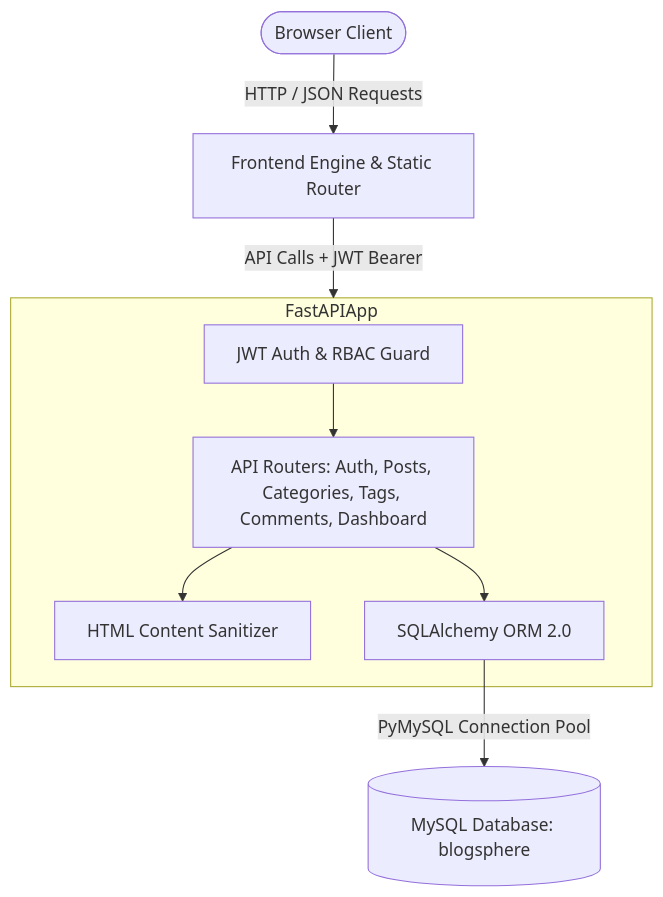
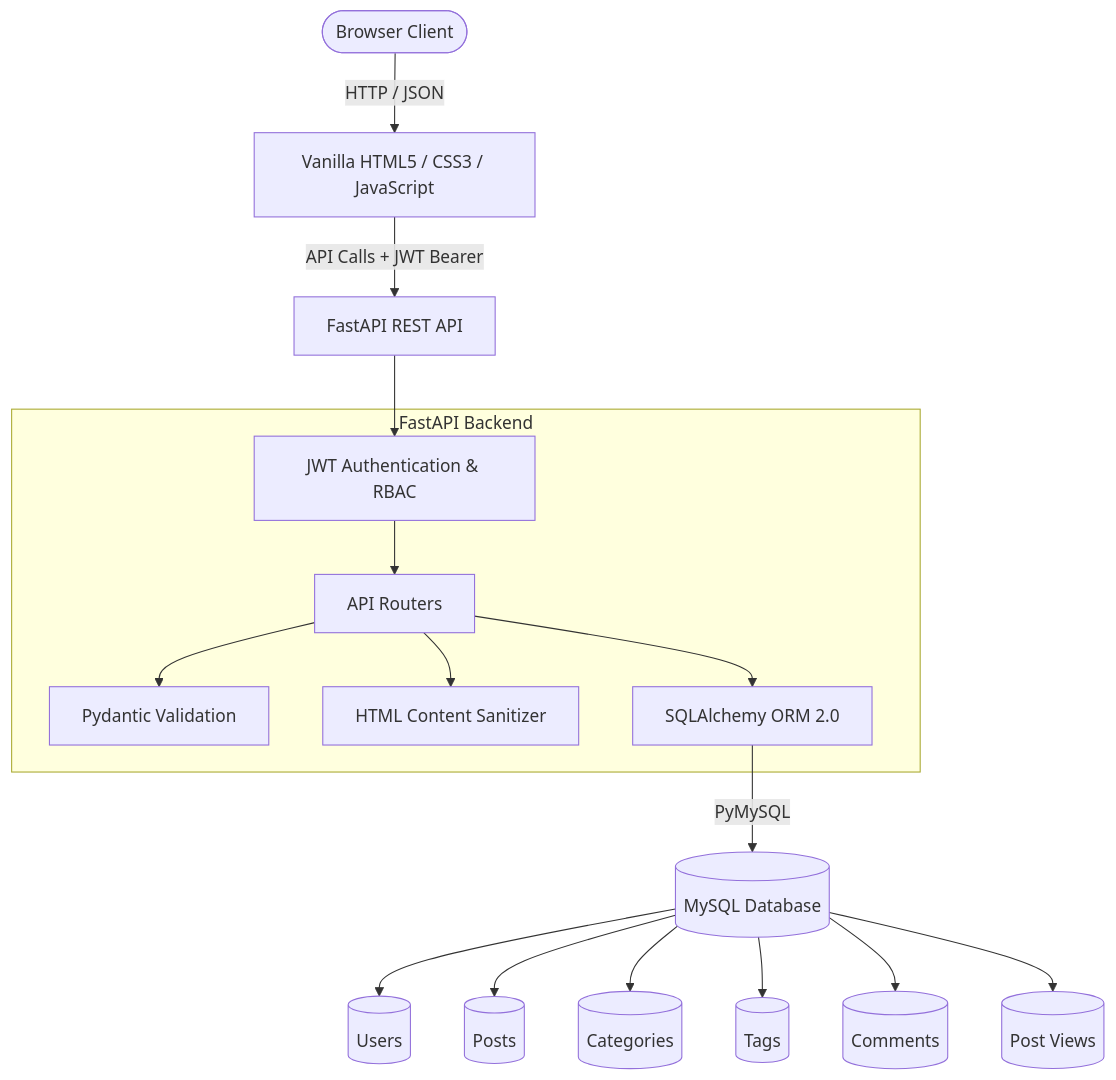
The first of 3 diagrams in README.md (sakshampandey380/BlogSphere---Blog-writing-Application-), drawn with Mermaid before and after one commit. The commit also changed other lines of this file, not shown here.

````diff
--- a/README.md
+++ b/README.md
@@ -35,17 +42,29 @@
 ```mermaid
 flowchart TD
-    User([Browser Client]) -->|HTTP / JSON Requests| StaticServer[Frontend Engine & Static Router]
-    StaticServer -->|API Calls + JWT Bearer| FastAPIApp[FastAPI REST API Backend]
-    
-    subgraph FastAPIApp
-        AuthMiddleware[JWT Auth & RBAC Guard]
-        RouterLayer[API Routers: Auth, Posts, Categories, Tags, Comments, Dashboard]
+    User([Browser Client]) -->|HTTP / JSON| Frontend[Vanilla HTML5 / CSS3 / JavaScript]
+
+    Frontend -->|API Calls + JWT Bearer| FastAPIApp[FastAPI REST API]
+
+    subgraph Backend["FastAPI Backend"]
+        Auth[JWT Authentication & RBAC]
+        Routers[API Routers]
+        Validation[Pydantic Validation]
         Sanitizer[HTML Content Sanitizer]
         ORM[SQLAlchemy ORM 2.0]
     end
 
-    AuthMiddleware --> RouterLayer
-    RouterLayer --> Sanitizer
-    RouterLayer --> ORM
-    ORM -->|PyMySQL Connection Pool| MySQLDB[(MySQL Database: blogsphere)]
+    FastAPIApp --> Auth
+    Auth --> Routers
+    Routers --> Validation
+    Routers --> Sanitizer
+    Routers --> ORM
+
+    ORM -->|PyMySQL| MySQLDB[(MySQL Database)]
+
+    MySQLDB --> Users[(Users)]
+    MySQLDB --> Posts[(Posts)]
+    MySQLDB --> Categories[(Categories)]
+    MySQLDB --> Tags[(Tags)]
+    MySQLDB --> Comments[(Comments)]
+    MySQLDB --> Views[(Post Views)]
 ```
````
